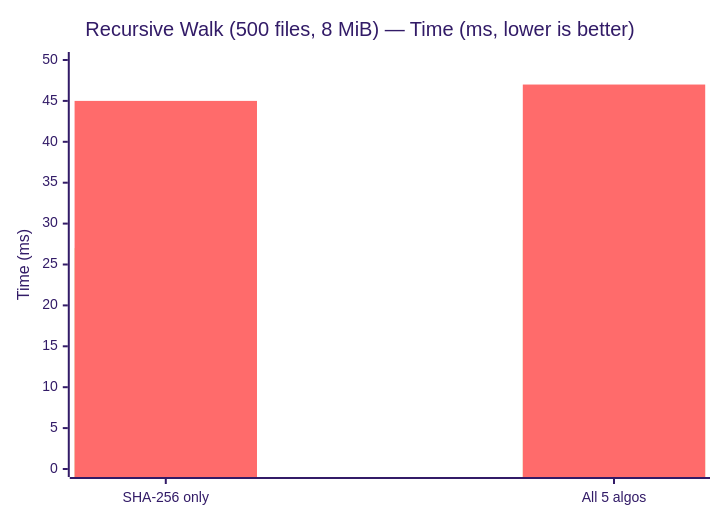
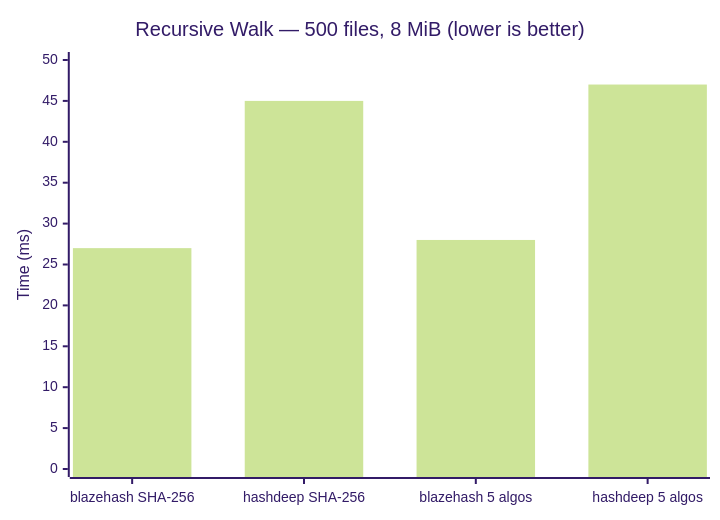
One commit to SecurityRonin/blazehash changed the fourth of 6 diagrams in docs/benchmarks.md. Above: the diagram before and after it, drawn with Mermaid (forest theme). The commit also changed other lines of this file and 1 other file, not shown here.

First line of the commit message:
docs: add hashdeep reference to all benchmark charts

````diff
--- a/docs/benchmarks.md
+++ b/docs/benchmarks.md
@@ -91,8 +97,7 @@
 ```mermaid
 xychart-beta
-    title "Recursive Walk (500 files, 8 MiB) — Time (ms, lower is better)"
-    x-axis ["SHA-256 only", "All 5 algos"]
+    title "Recursive Walk — 500 files, 8 MiB (lower is better)"
+    x-axis ["blazehash SHA-256", "hashdeep SHA-256", "blazehash 5 algos", "hashdeep 5 algos"]
     y-axis "Time (ms)" 0 --> 50
-    bar [27, 28]
-    bar [45, 47]
+    bar [27, 45, 28, 47]
 ```
````
